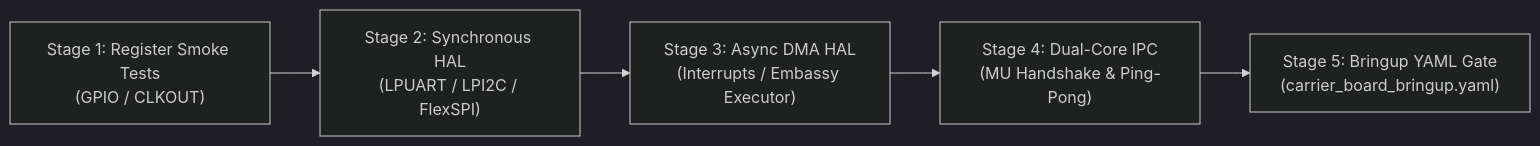
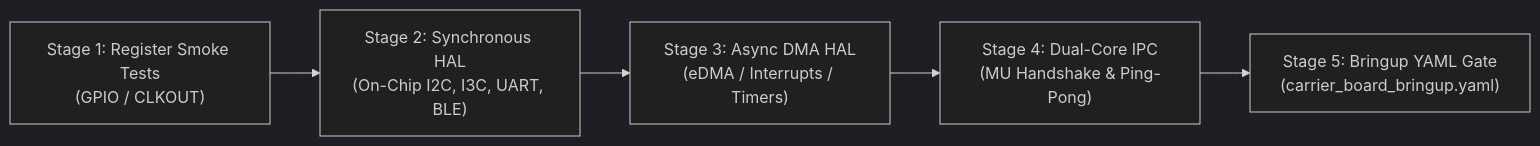
Before and after one commit to picklethecat1488-hue/firmware: the second of 2 diagrams in app/carrier_board.md, drawn with Mermaid (dark theme). The commit also changed other lines of this file and 9 other files, not shown here.

````diff
--- a/app/carrier_board.md
+++ b/app/carrier_board.md
@@ -209,7 +323,7 @@
 ```mermaid
 flowchart LR
-    S1["Stage 1: Register Smoke Tests<br/>(GPIO / CLKOUT)"] --> S2["Stage 2: Synchronous HAL<br/>(LPUART / LPI2C / FlexSPI)"]
-    S2 --> S3["Stage 3: Async DMA HAL<br/>(Interrupts / Embassy Executor)"]
+    S1["Stage 1: Register Smoke Tests<br/>(GPIO / CLKOUT)"] --> S2["Stage 2: Synchronous HAL<br/>(On-Chip I2C, I3C, UART, BLE)"]
+    S2 --> S3["Stage 3: Async DMA HAL<br/>(eDMA / Interrupts / Timers)"]
     S3 --> S4["Stage 4: Dual-Core IPC<br/>(MU Handshake & Ping-Pong)"]
     S4 --> S5["Stage 5: Bringup YAML Gate<br/>(carrier_board_bringup.yaml)"]
 ```
````
